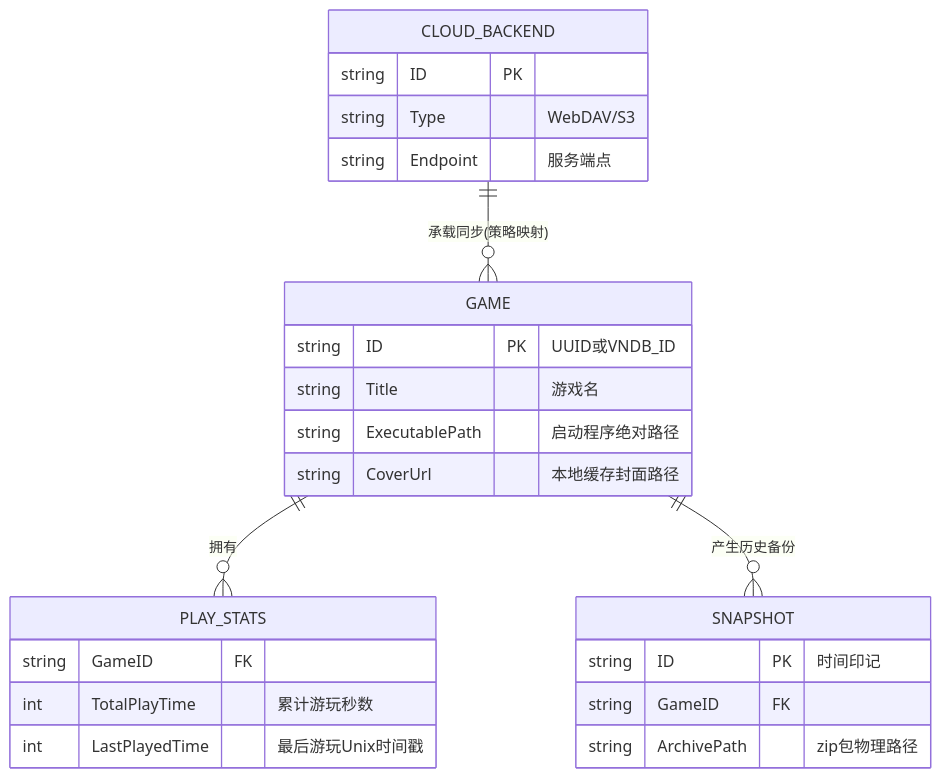
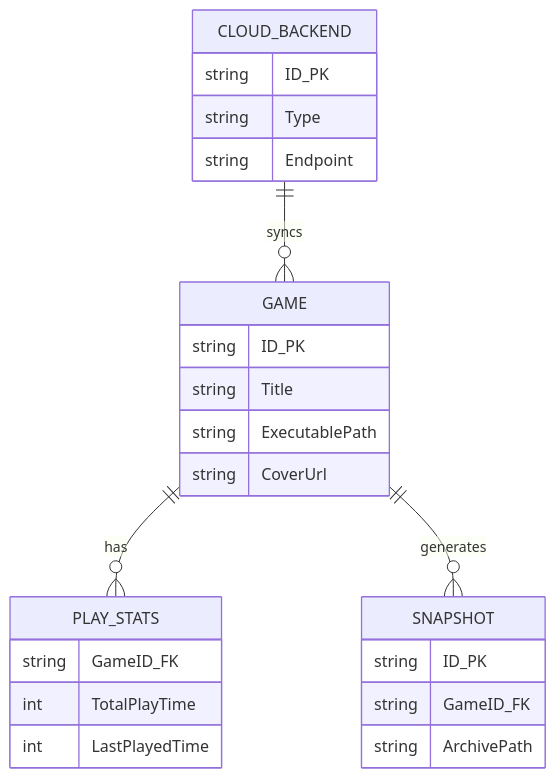
Before and after one commit to Roxy-DD/galremote: the fifth of 5 diagrams in thesis/chapter4/system_design.md, drawn with Mermaid. The commit also changed other lines of this file, not shown here.

Commit message:
docs(thesis): downgrade mermaid syntax for 8.8.3 compatibility

````diff
--- a/thesis/chapter4/system_design.md
+++ b/thesis/chapter4/system_design.md
@@ -165,28 +165,28 @@
 ```mermaid
 erDiagram
     GAME {
-        string ID PK "UUID或VNDB_ID"
-        string Title "游戏名"
-        string ExecutablePath "启动程序绝对路径"
-        string CoverUrl "本地缓存封面路径"
+        string ID_PK
+        string Title
+        string ExecutablePath
+        string CoverUrl
     }
     PLAY_STATS {
-        string GameID FK
-        int TotalPlayTime "累计游玩秒数"
-        int LastPlayedTime "最后游玩Unix时间戳"
+        string GameID_FK
+        int TotalPlayTime
+        int LastPlayedTime
     }
     CLOUD_BACKEND {
-        string ID PK
-        string Type "WebDAV/S3"
-        string Endpoint "服务端点"
+        string ID_PK
+        string Type
+        string Endpoint
     }
     SNAPSHOT {
-        string ID PK "时间印记"
-        string GameID FK
-        string ArchivePath "zip包物理路径"
+        string ID_PK
+        string GameID_FK
+        string ArchivePath
     }
 
-    GAME ||--o{ PLAY_STATS : "拥有"
-    GAME ||--o{ SNAPSHOT : "产生历史备份"
-    CLOUD_BACKEND ||--o{ GAME : "承载同步(策略映射)"
+    GAME ||--o{ PLAY_STATS : has
+    GAME ||--o{ SNAPSHOT : generates
+    CLOUD_BACKEND ||--o{ GAME : syncs
 ```
````
